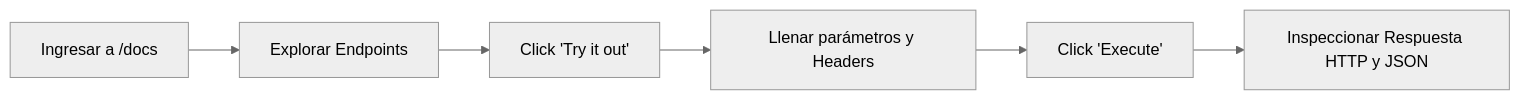
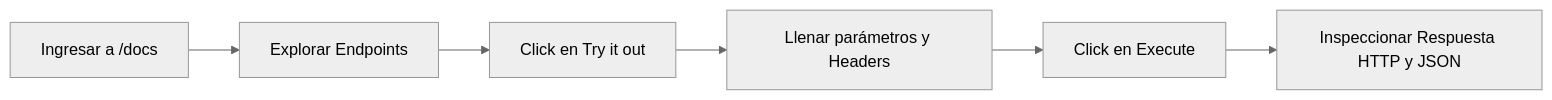
The seventh of 19 diagrams in README.md (BrayanBMC/RFHA-IES_SD_TGS), drawn with Mermaid (neutral theme) before and after one commit. The commit also changed other lines of this file, not shown here.

Commit message:
docs(readme): fix mermaid syntax in architecture and sequence diagrams for github rendering

````diff
--- a/README.md
+++ b/README.md
@@ -643,8 +656,8 @@
 ```mermaid
 flowchart LR
-    A[Ingresar a /docs] --> B[Explorar Endpoints]
-    B --> C[Click 'Try it out']
-    C --> D[Llenar parámetros y Headers]
-    D --> E[Click 'Execute']
-    E --> F[Inspeccionar Respuesta HTTP y JSON]
+    A["Ingresar a /docs"] --> B["Explorar Endpoints"]
+    B --> C["Click en Try it out"]
+    C --> D["Llenar parámetros y Headers"]
+    D --> E["Click en Execute"]
+    E --> F["Inspeccionar Respuesta HTTP y JSON"]
 ```
````
